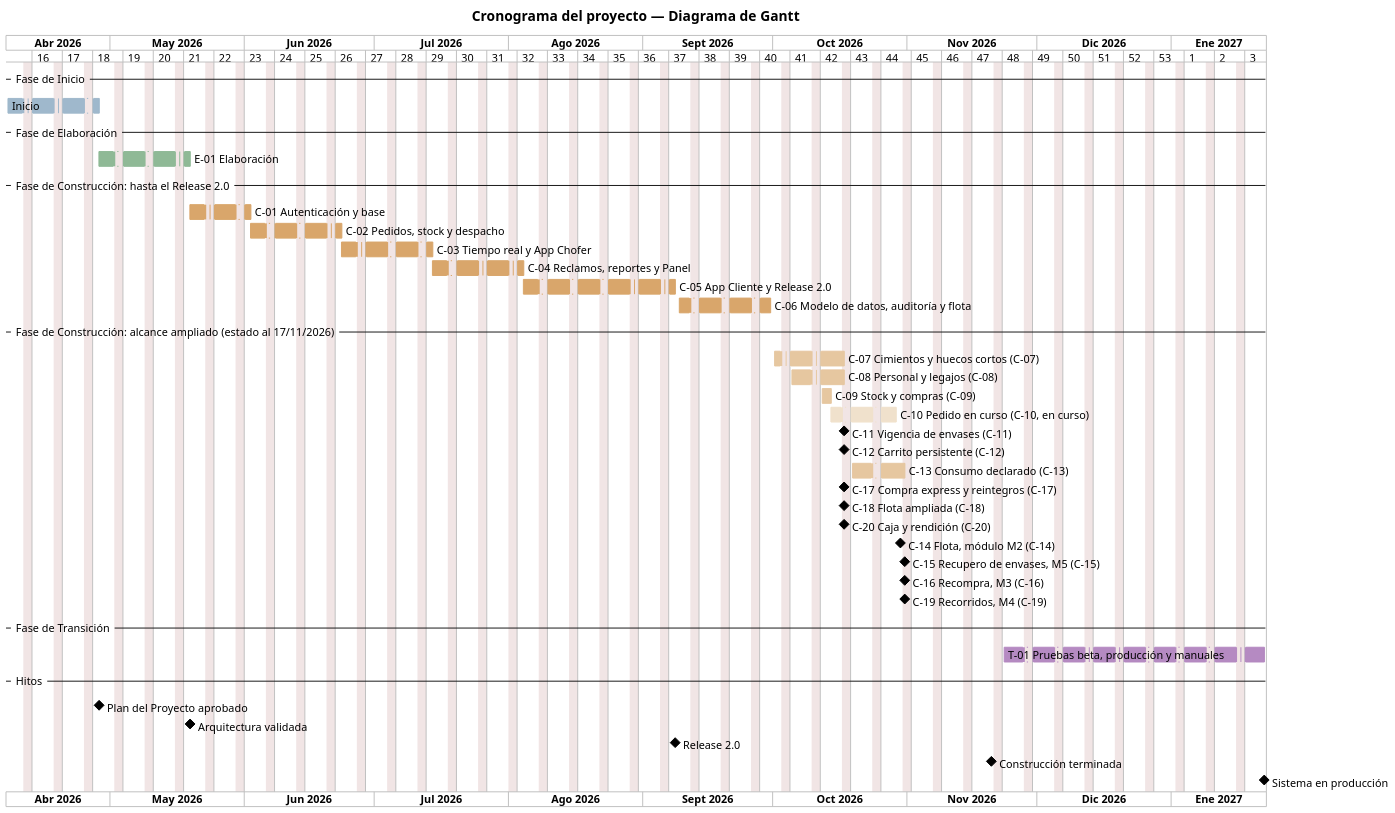
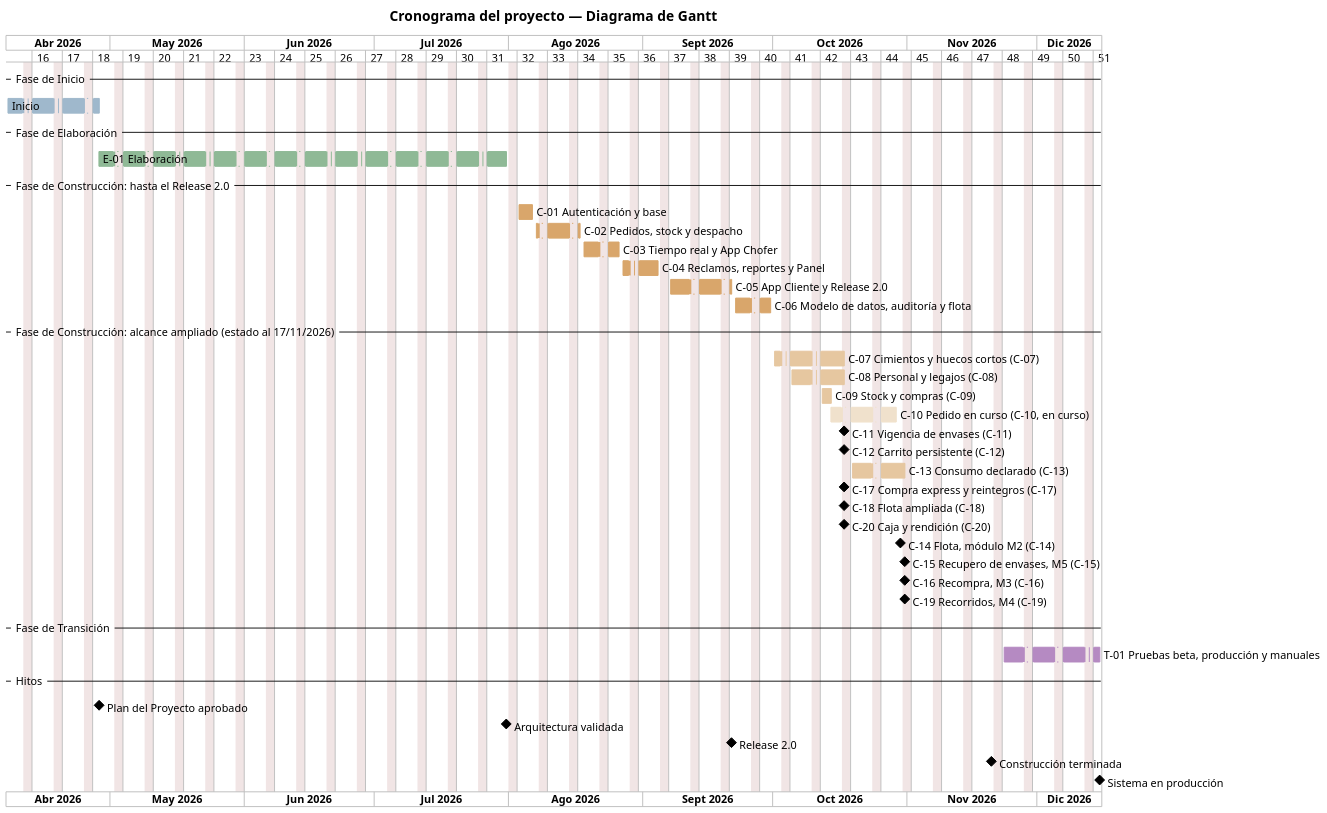
One commit to Nahuelito-Dev/splg-docs changed the diagram in diagramas/uml/UML_Gantt.puml. Above: the diagram before and after it, drawn with PlantUML. The commit also changed 4 other files, not shown here.

```diff
--- a/diagramas/uml/UML_Gantt.puml
+++ b/diagramas/uml/UML_Gantt.puml
@@ -1,63 +1,63 @@
 @startgantt
 title Cronograma del proyecto — Diagrama de Gantt
 skinparam backgroundColor #FFFFFF
 skinparam shadowing false
 skinparam defaultFontName Arial
 skinparam defaultFontSize 11
 skinparam dpi 150
 Project starts 2026-04-07
 printscale weekly
 saturday are closed
 sunday are closed
 language es
 
 -- Fase de Inicio --
 [Inicio] as [INI] starts 2026-04-07 and ends 2026-04-28
 [INI] is colored in #9FB8CC
 -- Fase de Elaboración --
-[E-01 Elaboración] as [E01] starts 2026-04-28 and ends 2026-05-19
+[E-01 Elaboración] as [E01] starts 2026-04-28 and ends 2026-07-31
 [E01] is colored in #8FB996
 -- Fase de Construcción: hasta el Release 2.0 --
-[C-01 Autenticación y base] as [C01] starts 2026-05-19 and ends 2026-06-02
-[C-02 Pedidos, stock y despacho] as [C02] starts 2026-06-02 and ends 2026-06-23
-[C-03 Tiempo real y App Chofer] as [C03] starts 2026-06-23 and ends 2026-07-14
-[C-04 Reclamos, reportes y Panel] as [C04] starts 2026-07-14 and ends 2026-08-04
-[C-05 App Cliente y Release 2.0] as [C05] starts 2026-08-04 and ends 2026-09-08
-[C-06 Modelo de datos, auditoría y flota] as [C06] starts 2026-09-09 and ends 2026-09-30
+[C-01 Autenticación y base] as [C01] starts 2026-08-03 and ends 2026-08-06
+[C-02 Pedidos, stock y despacho] as [C02] starts 2026-08-07 and ends 2026-08-17
+[C-03 Tiempo real y App Chofer] as [C03] starts 2026-08-18 and ends 2026-08-26
+[C-04 Reclamos, reportes y Panel] as [C04] starts 2026-08-27 and ends 2026-09-04
+[C-05 App Cliente y Release 2.0] as [C05] starts 2026-09-07 and ends 2026-09-21
+[C-06 Modelo de datos, auditoría y flota] as [C06] starts 2026-09-22 and ends 2026-09-30
 [C01] is colored in #D9A66B
 [C02] is colored in #D9A66B
 [C03] is colored in #D9A66B
 [C04] is colored in #D9A66B
 [C05] is colored in #D9A66B
 [C06] is colored in #D9A66B
 -- Fase de Construcción: alcance ampliado (estado al 17/11/2026) --
 [C-07 Cimientos y huecos cortos (C-07)] as [C07] starts 2026-10-01 and ends 2026-10-17
 [C-08 Personal y legajos (C-08)] as [C08] starts 2026-10-04 and ends 2026-10-17
 [C-09 Stock y compras (C-09)] as [C09] starts 2026-10-11 and ends 2026-10-14
 [C-10 Pedido en curso (C-10, en curso)] as [C10] starts 2026-10-14 and ends 2026-10-29
 [C-11 Vigencia de envases (C-11)] as [C11] happens 2026-10-17
 [C-12 Carrito persistente (C-12)] as [C12] happens 2026-10-17
 [C-13 Consumo declarado (C-13)] as [C13] starts 2026-10-17 and ends 2026-10-31
 [C-17 Compra express y reintegros (C-17)] as [C17] happens 2026-10-17
 [C-18 Flota ampliada (C-18)] as [C18] happens 2026-10-17
 [C-20 Caja y rendición (C-20)] as [C20] happens 2026-10-17
 [C-14 Flota, módulo M2 (C-14)] as [C14] happens 2026-10-30
 [C-15 Recupero de envases, M5 (C-15)] as [C15] happens 2026-10-31
 [C-16 Recompra, M3 (C-16)] as [C16] happens 2026-10-31
 [C-19 Recorridos, M4 (C-19)] as [C19] happens 2026-10-31
 [C07] is colored in #E6C7A0
 [C08] is colored in #E6C7A0
 [C09] is colored in #E6C7A0
 [C10] is colored in #F0E1CC
 [C13] is colored in #E6C7A0
 -- Fase de Transición --
-[T-01 Pruebas beta, producción y manuales] as [T01] starts 2026-11-23 and ends 2027-01-22
+[T-01 Pruebas beta, producción y manuales] as [T01] starts 2026-11-23 and ends 2026-12-15
 [T01] is colored in #B58AC2
 
 -- Hitos --
 [Plan del Proyecto aprobado] happens 2026-04-28
-[Arquitectura validada] happens 2026-05-19
-[Release 2.0] happens 2026-09-08
+[Arquitectura validada] happens 2026-07-31
+[Release 2.0] happens 2026-09-21
 [Construcción terminada] happens 2026-11-20
-[Sistema en producción] happens 2027-01-22
+[Sistema en producción] happens 2026-12-15
 @endgantt
```
